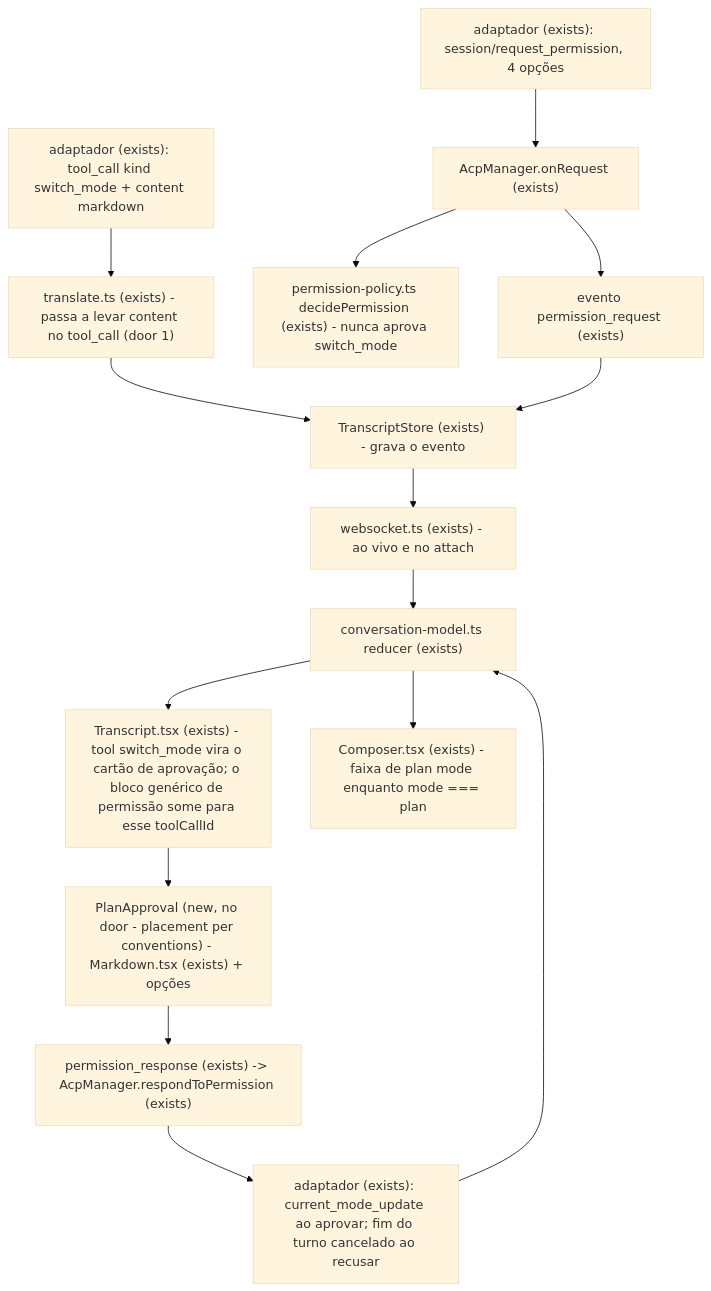
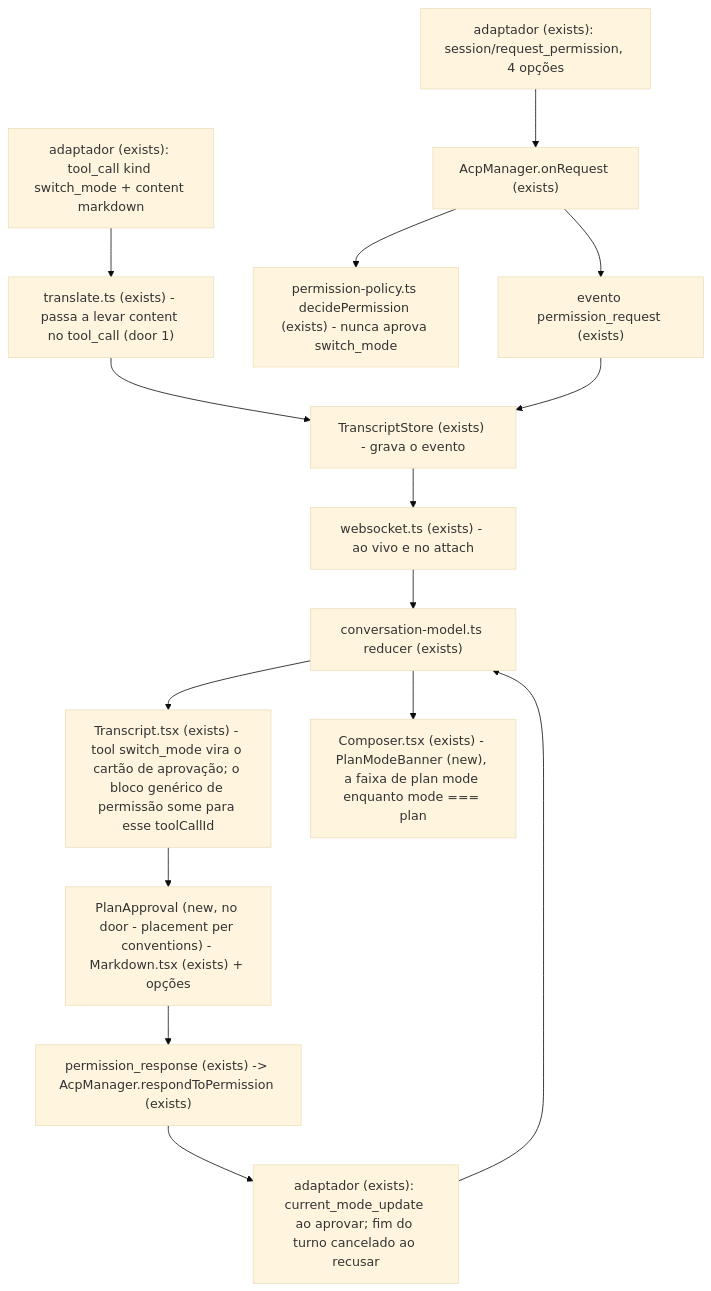
Before and after one commit to vinihcrosa/lumem-os: the diagram in docs/features/035-plan-mode/prd.md, drawn with Mermaid (base theme). The commit also changed other lines of this file and 9 other files, not shown here.

First line of the commit message:
feat(web): say in words what plan mode means, above the composer

````diff
--- a/docs/features/035-plan-mode/prd.md
+++ b/docs/features/035-plan-mode/prd.md
@@ -65,17 +65,17 @@
 ```mermaid
 flowchart TD
     AD["adaptador (exists): tool_call kind switch_mode + content markdown"] --> TR["translate.ts (exists) - passa a levar content no tool_call (door 1)"]
     AD2["adaptador (exists): session/request_permission, 4 opções"] --> AM["AcpManager.onRequest (exists)"]
     AM --> POL["permission-policy.ts decidePermission (exists) - nunca aprova switch_mode"]
     AM --> EV["evento permission_request (exists)"]
     TR --> TS["TranscriptStore (exists) - grava o evento"]
     EV --> TS
     TS --> WS["websocket.ts (exists) - ao vivo e no attach"]
     WS --> RED["conversation-model.ts reducer (exists)"]
     RED --> TX["Transcript.tsx (exists) - tool switch_mode vira o cartão de aprovação; o bloco genérico de permissão some para esse toolCallId"]
     TX --> CARD["PlanApproval (new, no door - placement per conventions) - Markdown.tsx (exists) + opções"]
     CARD --> RESP["permission_response (exists) -> AcpManager.respondToPermission (exists)"]
     RESP --> AD3["adaptador (exists): current_mode_update ao aprovar; fim do turno cancelado ao recusar"]
     AD3 --> RED
-    RED --> BAN["Composer.tsx (exists) - faixa de plan mode enquanto mode === plan"]
+    RED --> BAN["Composer.tsx (exists) - PlanModeBanner (new), a faixa de plan mode enquanto mode === plan"]
 ```
````
